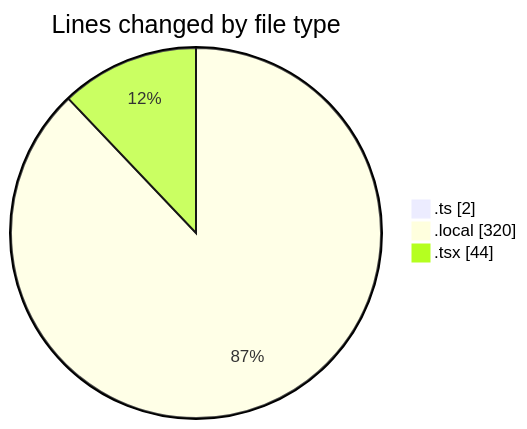
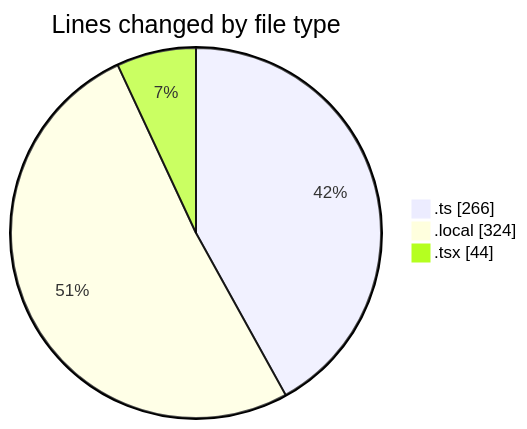
One commit to FixMe24/code-tracking changed the first of 2 diagrams in 2025-05-20/fixme24/README.md. Above: the diagram before and after it, drawn with Mermaid. The commit also changed other lines of this file and 1 other file, not shown here.

````diff
--- a/2025-05-20/fixme24/README.md
+++ b/2025-05-20/fixme24/README.md
@@ -23,7 +26,7 @@
 ```mermaid
 pie showData
 title Lines changed by file type
-".ts" : 2
-".local" : 320
+".ts" : 266
+".local" : 324
 ".tsx" : 44
 ```
````
